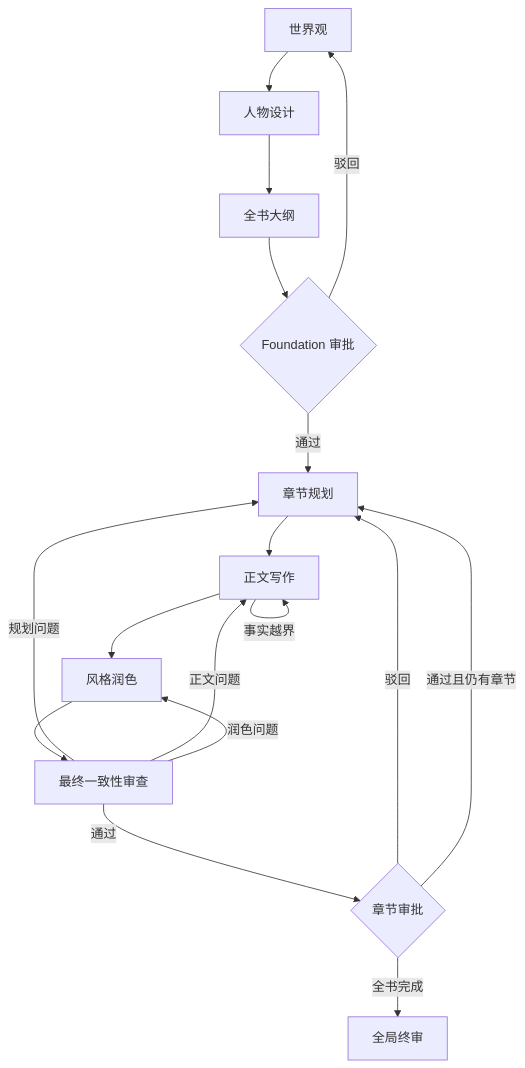
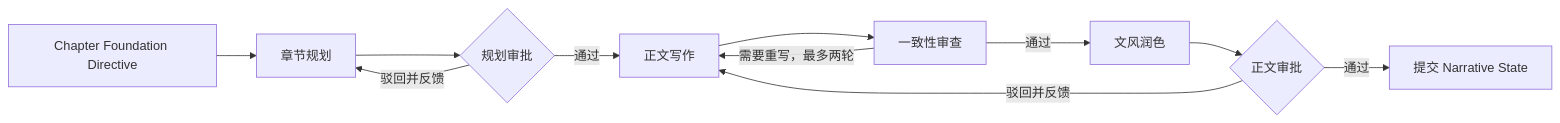
Before and after one commit to nssntus/graph-novel: the diagram in README.md, drawn with Mermaid. The commit also changed other lines of this file and 1 other file, not shown here.

Commit message:
docs: rewrite README for TypeScript architecture

````diff
--- a/README.md
+++ b/README.md
@@ -53,19 +51,13 @@
 ```mermaid
-flowchart TD
-    W["世界观"] --> C["人物设计"]
-    C --> O["全书大纲"]
-    O --> FG{"Foundation 审批"}
-    FG -- "驳回" --> W
-    FG -- "通过" --> P["章节规划"]
-    P --> D["正文写作"]
-    D -- "事实越界" --> D
-    D --> S["风格润色"]
-    S --> R["最终一致性审查"]
-    R -- "规划问题" --> P
-    R -- "正文问题" --> D
-    R -- "润色问题" --> S
-    R -- "通过" --> CG{"章节审批"}
-    CG -- "驳回" --> P
-    CG -- "通过且仍有章节" --> P
-    CG -- "全书完成" --> G["全局终审"]
+flowchart LR
+    D["Chapter Foundation Directive"] --> P["章节规划"]
+    P --> PG{"规划审批"}
+    PG -- "驳回并反馈" --> P
+    PG -- "通过" --> W["正文写作"]
+    W --> R["一致性审查"]
+    R -- "需要重写，最多两轮" --> W
+    R -- "通过" --> S["文风润色"]
+    S --> WG{"正文审批"}
+    WG -- "驳回并反馈" --> W
+    WG -- "通过" --> C["提交 Narrative State"]
 ```
````
